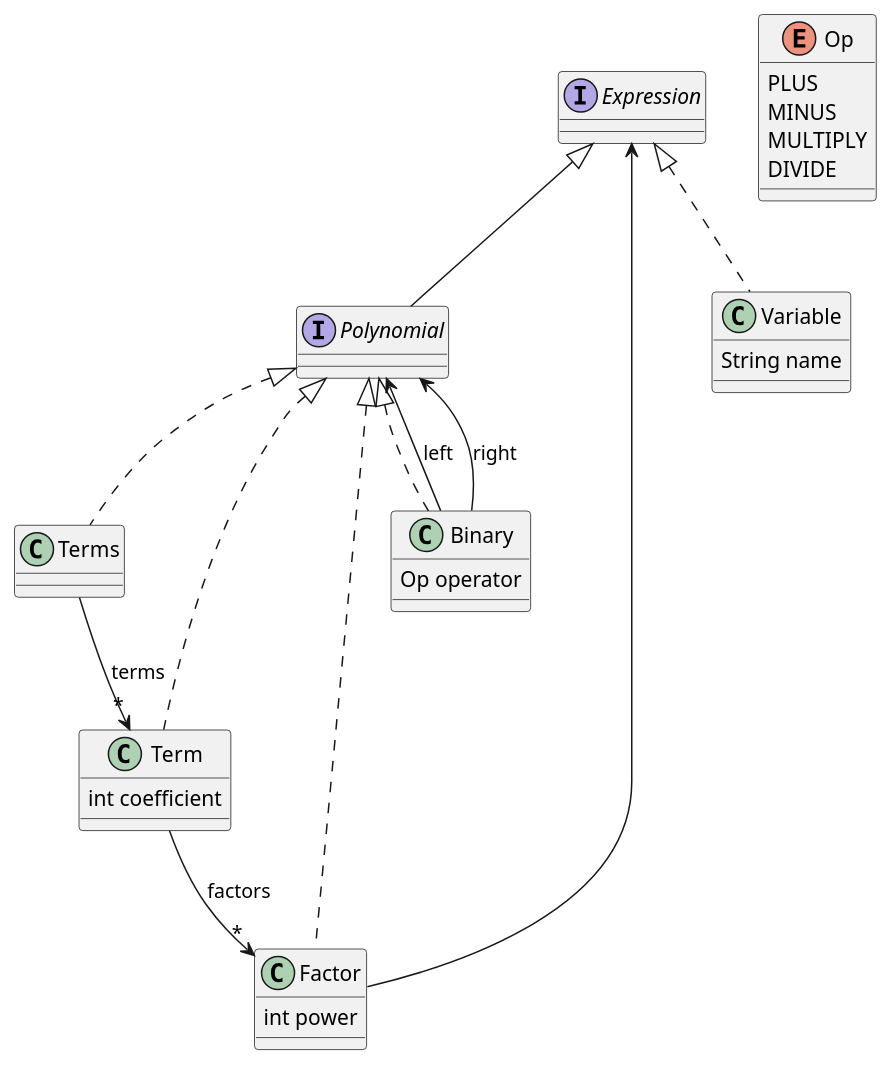
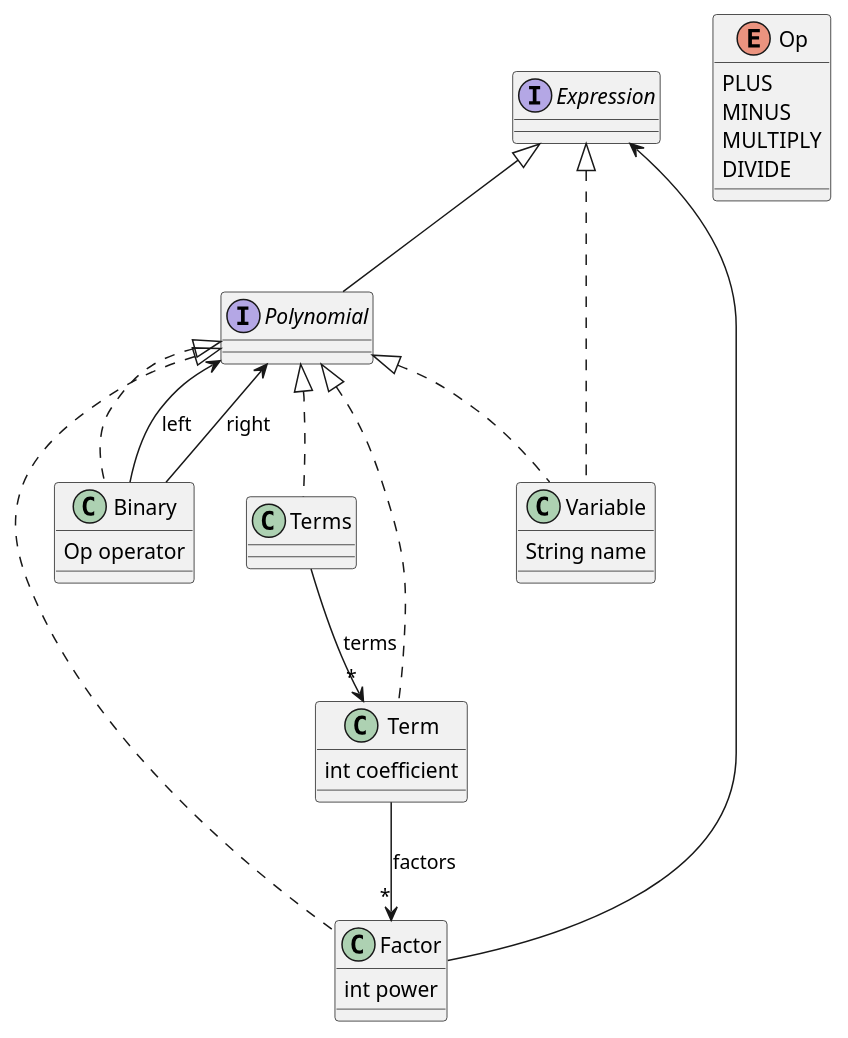
The diagram in doc/classes2.plantuml (saka1029/form), drawn with PlantUML before and after one commit.

```diff
--- a/doc/classes2.plantuml
+++ b/doc/classes2.plantuml
@@ -1,34 +1,35 @@
 @startuml
 interface Expression
 interface Polynomial
 Polynomial -up-|> Expression
 class Terms
 Terms .up.|> Polynomial
 class Term {
     int coefficient
 }
 Term .up.|> Polynomial
 Terms --> "*" Term : terms
 class Factor {
     int power
 }
 Factor .up.|> Polynomial
 Factor -up-> Expression
 Term --> "*" Factor : factors
 class Variable {
     String name
 }
 Variable .up.|> Expression
+Variable .up.|> Polynomial
 enum Op {
     PLUS
     MINUS
     MULTIPLY
     DIVIDE
 }
 class Binary {
     Op operator
 }
 Binary .up.|> Polynomial
 Binary --> Polynomial : left
 Binary --> Polynomial : right
 @enduml
```
